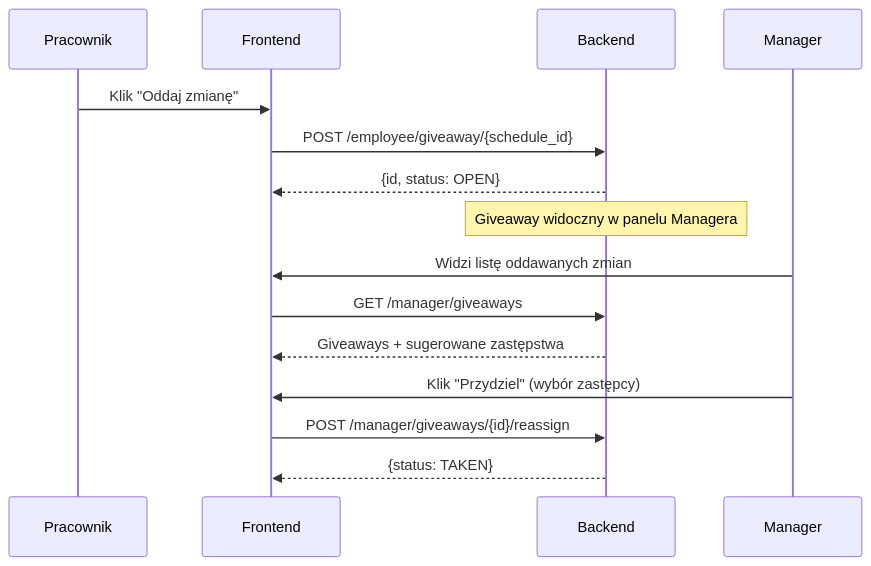
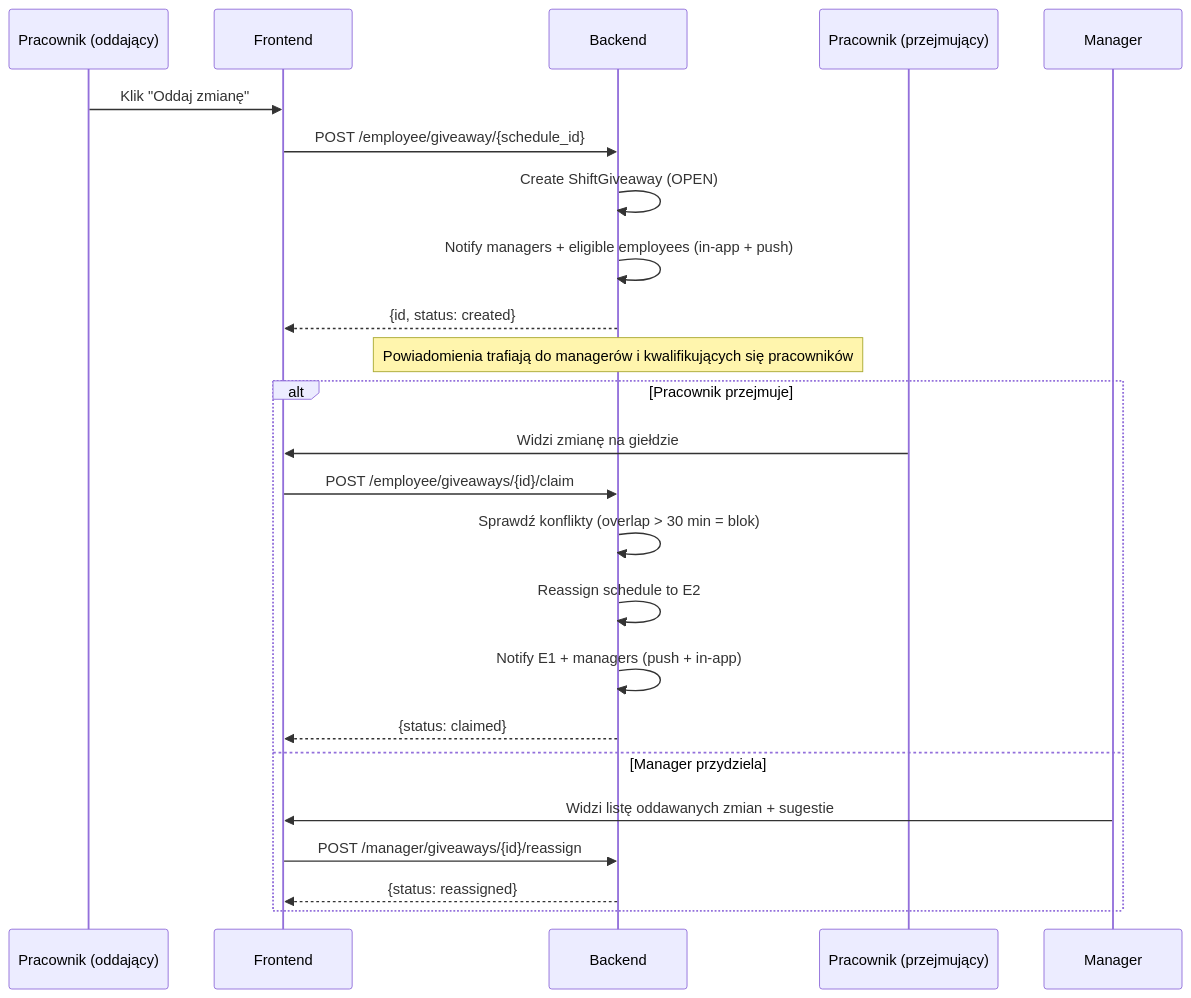
The fourth of 5 diagrams in ARCHITECTURE.md (mwieclawek/PlannerV2), drawn with Mermaid before and after one commit. The commit also changed other lines of this file and 2 other files, not shown here.

Commit message:
docs: comprehensive update of README, ARCHITECTURE, and USER_GUIDE with POS/KDS, push notifications, leave requests, and all new features

````diff
--- a/ARCHITECTURE.md
+++ b/ARCHITECTURE.md
@@ -161,18 +260,28 @@
 ```mermaid
 sequenceDiagram
-    participant E as Pracownik
+    participant E1 as Pracownik (oddający)
     participant F as Frontend
     participant B as Backend
+    participant E2 as Pracownik (przejmujący)
     participant M as Manager
 
-    E->>F: Klik "Oddaj zmianę"
+    E1->>F: Klik "Oddaj zmianę"
     F->>B: POST /employee/giveaway/{schedule_id}
-    B-->>F: {id, status: OPEN}
-    Note over B: Giveaway widoczny w panelu Managera
-    M->>F: Widzi listę oddawanych zmian
-    F->>B: GET /manager/giveaways
-    B-->>F: Giveaways + sugerowane zastępstwa
-    M->>F: Klik "Przydziel" (wybór zastępcy)
-    F->>B: POST /manager/giveaways/{id}/reassign
-    B-->>F: {status: TAKEN}
+    B->>B: Create ShiftGiveaway (OPEN)
+    B->>B: Notify managers + eligible employees (in-app + push)
+    B-->>F: {id, status: created}
+    Note over B: Powiadomienia trafiają do managerów i kwalifikujących się pracowników
+
+    alt Pracownik przejmuje
+        E2->>F: Widzi zmianę na giełdzie
+        F->>B: POST /employee/giveaways/{id}/claim
+        B->>B: Sprawdź konflikty (overlap > 30 min = blok)
+        B->>B: Reassign schedule to E2
+        B->>B: Notify E1 + managers (push + in-app)
+        B-->>F: {status: claimed}
+    else Manager przydziela
+        M->>F: Widzi listę oddawanych zmian + sugestie
+        F->>B: POST /manager/giveaways/{id}/reassign
+        B-->>F: {status: reassigned}
+    end
 ```
````
